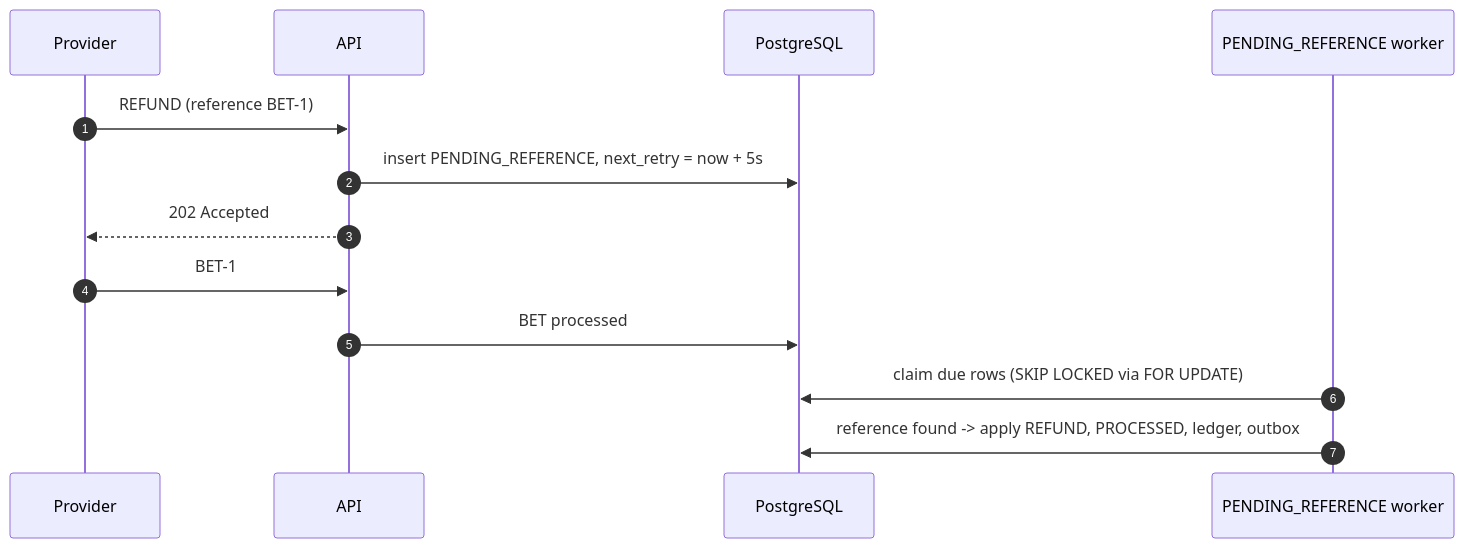
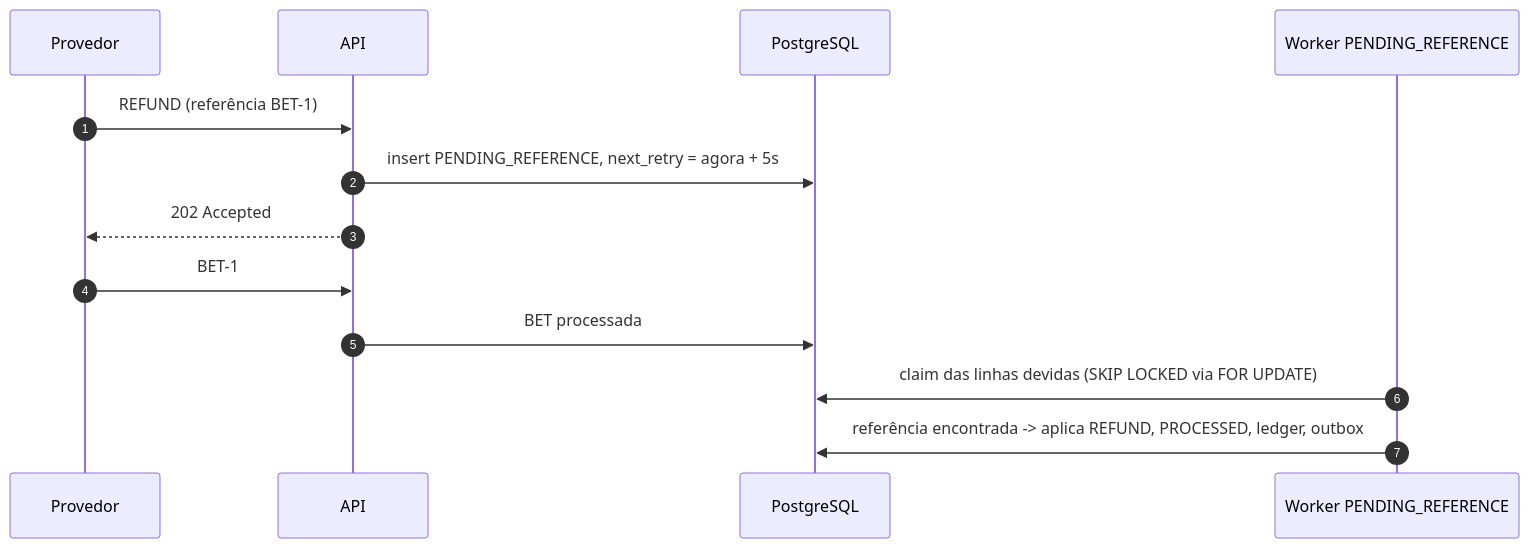
The seventh of 8 diagrams in ARCHITECTURE.md (rafaeldimas/junglegaming-backend-challenge), drawn with Mermaid before and after one commit. The commit also changed other lines of this file and 1 other file, not shown here.

First line of the commit message:
docs: traduzir README e ARCHITECTURE para português

````diff
--- a/ARCHITECTURE.md
+++ b/ARCHITECTURE.md
@@ -385,16 +409,16 @@
 ```mermaid
 sequenceDiagram
     autonumber
-    participant P as Provider
+    participant P as Provedor
     participant API as API
     participant DB as PostgreSQL
-    participant W as PENDING_REFERENCE worker
+    participant W as Worker PENDING_REFERENCE
 
-    P->>API: REFUND (reference BET-1)
-    API->>DB: insert PENDING_REFERENCE, next_retry = now + 5s
+    P->>API: REFUND (referência BET-1)
+    API->>DB: insert PENDING_REFERENCE, next_retry = agora + 5s
     API-->>P: 202 Accepted
     P->>API: BET-1
-    API->>DB: BET processed
-    W->>DB: claim due rows (SKIP LOCKED via FOR UPDATE)
-    W->>DB: reference found -> apply REFUND, PROCESSED, ledger, outbox
+    API->>DB: BET processada
+    W->>DB: claim das linhas devidas (SKIP LOCKED via FOR UPDATE)
+    W->>DB: referência encontrada -> aplica REFUND, PROCESSED, ledger, outbox
 ```
````
